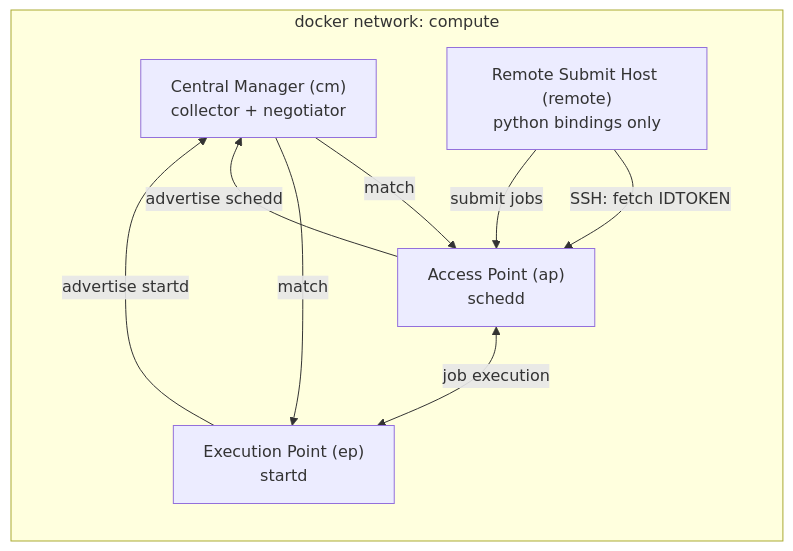
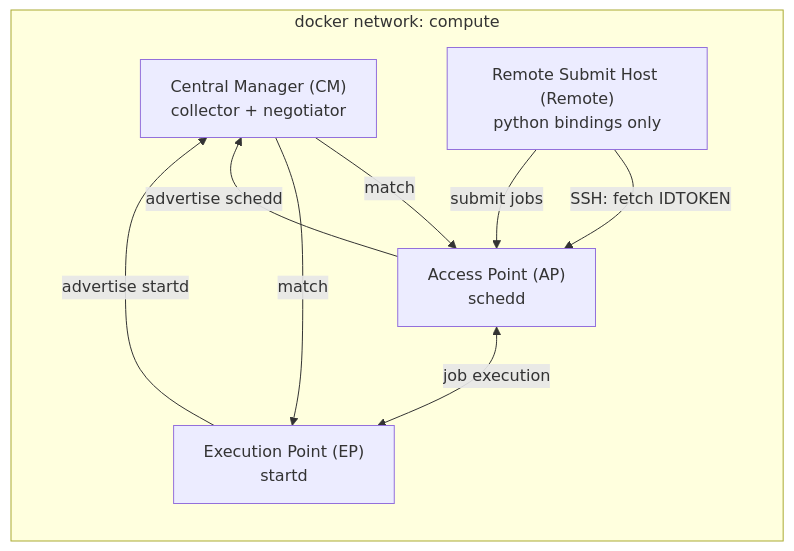
Before and after one commit to ColeBollig/mini-htcondor-docker-pool: the diagram in README.md, drawn with Mermaid. The commit also changed other lines of this file, not shown here.

````diff
--- a/README.md
+++ b/README.md
@@ -18,17 +7,17 @@
 ```mermaid
 flowchart LR
     subgraph compute["docker network: compute"]
-        CM["Central Manager (cm)<br/>collector + negotiator"]
-        AP["Access Point (ap)<br/>schedd"]
-        EP["Execution Point (ep)<br/>startd"]
-        Remote["Remote Submit Host (remote)<br/>python bindings only"]
+        CM["Central Manager (CM)<br/>collector + negotiator"]
+        AP["Access Point (AP)<br/>schedd"]
+        EP["Execution Point (EP)<br/>startd"]
+        Remote["Remote Submit Host (Remote)<br/>python bindings only"]
     end
 
     AP -- advertise schedd --> CM
     EP -- advertise startd --> CM
     CM -- match --> AP
     CM -- match --> EP
     AP <-- job execution --> EP
     Remote -- SSH: fetch IDTOKEN --> AP
     Remote -- submit jobs --> AP
 ```
````
